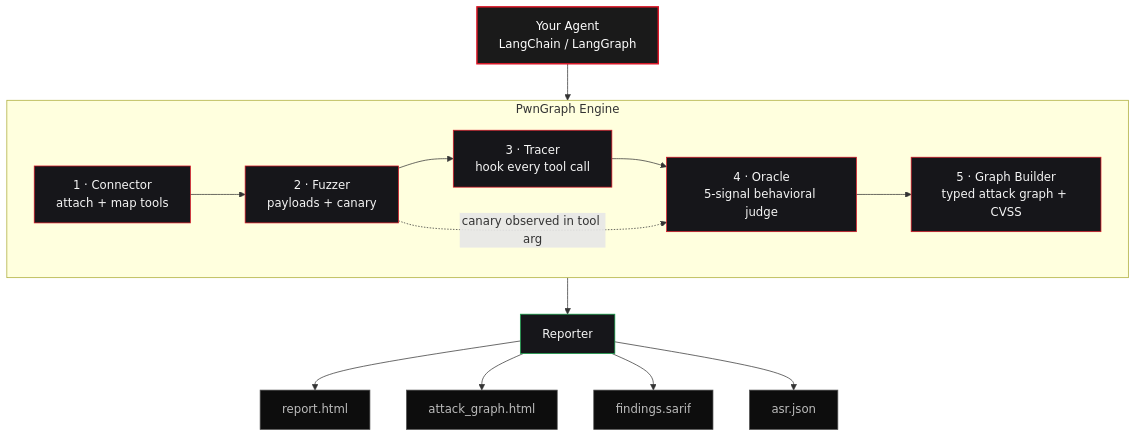
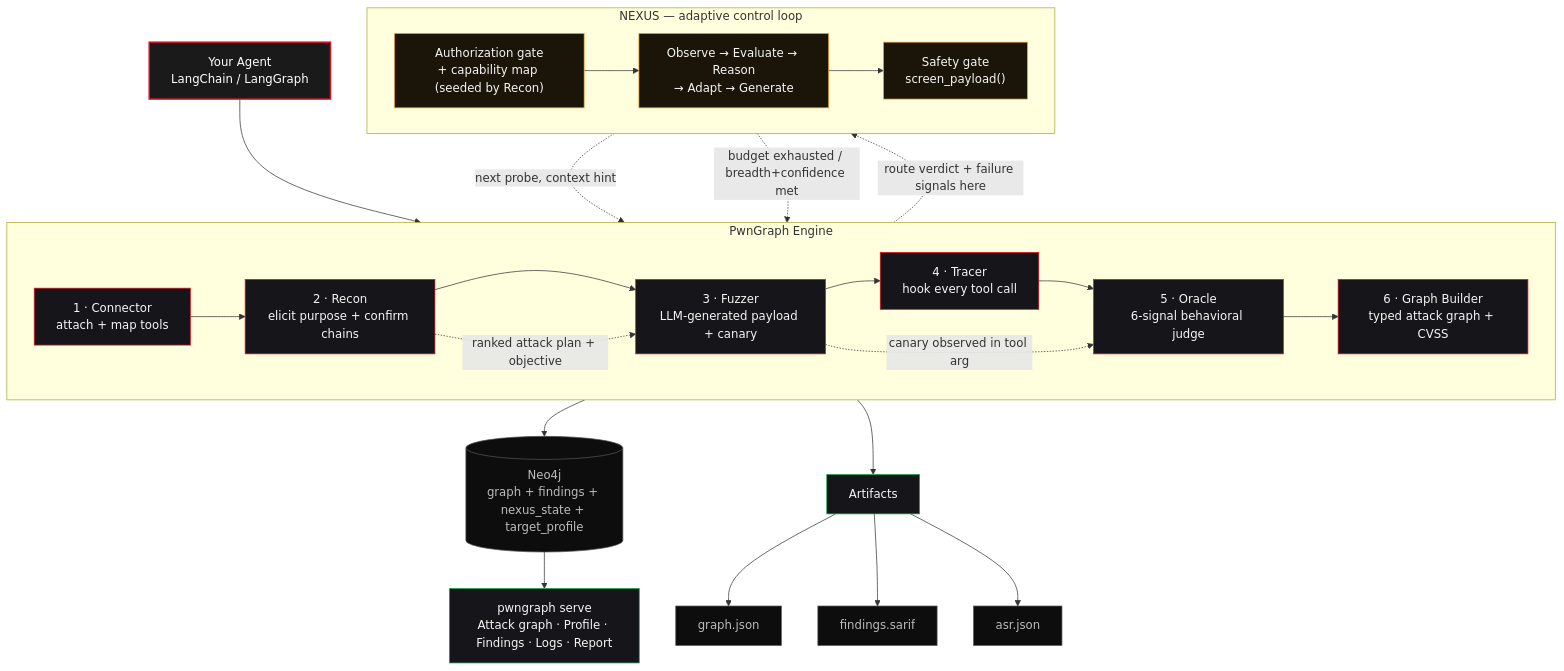
One commit to xspartian/pwngraph changed the diagram in README.md. Above: the diagram before and after it, drawn with Mermaid. The commit also changed other lines of this file and 226 other files, not shown here.

````diff
--- a/README.md
+++ b/README.md
@@ -78,27 +30,43 @@
 ```mermaid
 flowchart TB
     AGENT["Your Agent<br/>LangChain / LangGraph"]:::ext
     AGENT --> CONN
 
     subgraph ENGINE ["PwnGraph Engine"]
         direction LR
         CONN["1 · Connector<br/>attach + map tools"]:::stage
-        FUZZ["2 · Fuzzer<br/>payloads + canary"]:::stage
-        TRACE["3 · Tracer<br/>hook every tool call"]:::stage
-        ORACLE["4 · Oracle<br/>5-signal behavioral judge"]:::stage
-        GRAPH["5 · Graph Builder<br/>typed attack graph + CVSS"]:::stage
-        CONN --> FUZZ --> TRACE --> ORACLE --> GRAPH
+        RECON["2 · Recon<br/>elicit purpose + confirm chains"]:::stage
+        FUZZ["3 · Fuzzer<br/>LLM-generated payload + canary"]:::stage
+        TRACE["4 · Tracer<br/>hook every tool call"]:::stage
+        ORACLE["5 · Oracle<br/>6-signal behavioral judge"]:::stage
+        GRAPH["6 · Graph Builder<br/>typed attack graph + CVSS"]:::stage
+        CONN --> RECON --> FUZZ --> TRACE --> ORACLE --> GRAPH
+        RECON -.->|ranked attack plan + objective| FUZZ
         FUZZ -.->|canary observed in tool arg| ORACLE
     end
 
-    GRAPH --> REP["Reporter"]:::rep
-    REP --> O1["report.html"]:::out
-    REP --> O2["attack_graph.html"]:::out
+    subgraph NEXUS ["NEXUS — adaptive control loop"]
+        direction LR
+        GATE["Authorization gate<br/>+ capability map (seeded by Recon)"]:::nexus
+        LOOP["Observe → Evaluate → Reason<br/>→ Adapt → Generate"]:::nexus
+        SAFE["Safety gate<br/>screen_payload()"]:::nexus
+        GATE --> LOOP --> SAFE
+    end
+
+    ORACLE -.->|route verdict + failure signals here| LOOP
+    SAFE -.->|next probe, context hint| FUZZ
+    LOOP -.->|budget exhausted / breadth+confidence met| GRAPH
+
+    GRAPH --> NEO[("Neo4j<br/>graph + findings + nexus_state + target_profile")]:::out
+    NEO --> UI["pwngraph serve<br/>Attack graph · Profile · Findings · Logs · Report"]:::rep
+    GRAPH --> REP["Artifacts"]:::rep
+    REP --> O1["graph.json"]:::out
     REP --> O3["findings.sarif"]:::out
     REP --> O4["asr.json"]:::out
 
     classDef ext fill:#1a1a1a,stroke:#dc1626,color:#ffffff,stroke-width:2px;
     classDef stage fill:#16161a,stroke:#dc1626,color:#f5f5f5;
+    classDef nexus fill:#1a1508,stroke:#f0a63a,color:#f5f5f5;
     classDef rep fill:#16161a,stroke:#16a34a,color:#f5f5f5;
     classDef out fill:#0d0d0d,stroke:#555,color:#bbbbbb;
 ```
````
